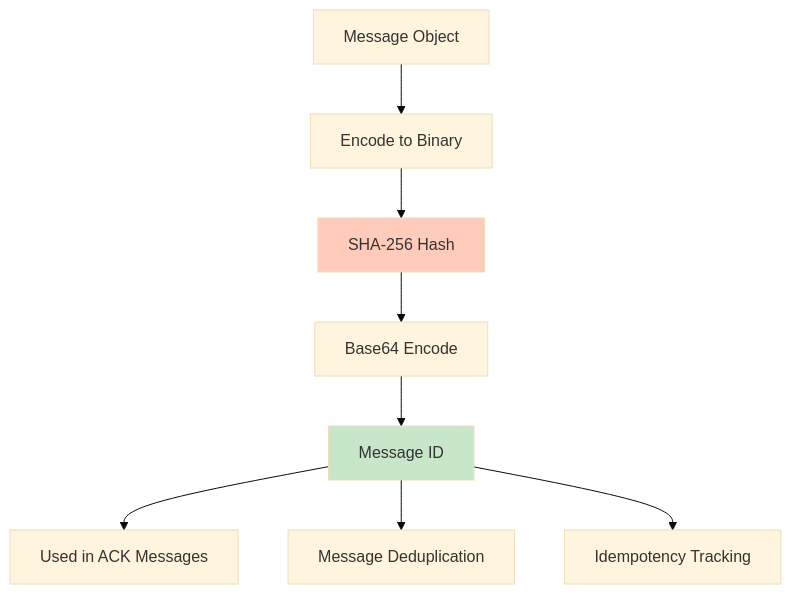
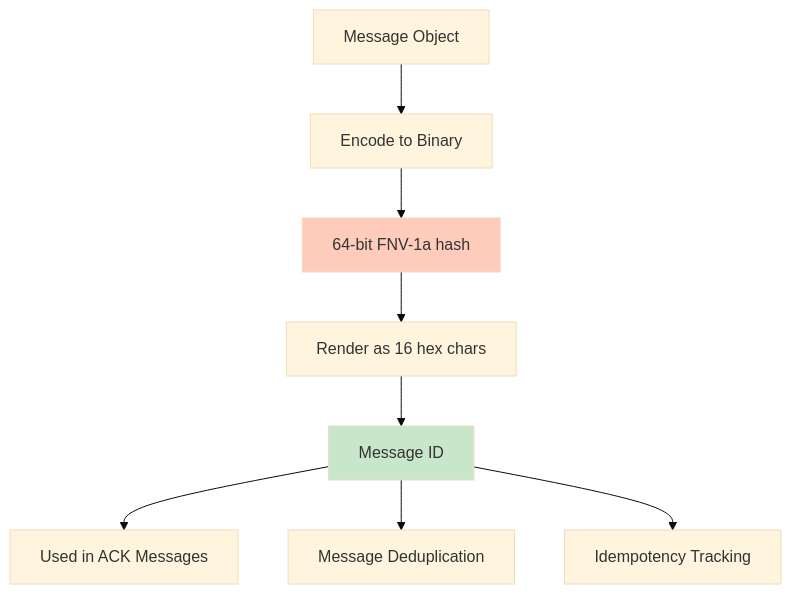
One commit to nperez0111/teleportal changed the ninth of 17 diagrams in docs/src/content/docs/advanced/protocol.mdx. Above: the diagram before and after it, drawn with Mermaid (base theme). The commit also changed other lines of this file and 113 other files, not shown here.

````diff
--- a/docs/src/content/docs/advanced/protocol.mdx
+++ b/docs/src/content/docs/advanced/protocol.mdx
@@ -657,13 +464,13 @@
 ```mermaid
 graph TD
     A[Message Object] --> B[Encode to Binary]
-    B --> C[SHA-256 Hash]
-    C --> D[Base64 Encode]
+    B --> C[64-bit FNV-1a hash]
+    C --> D[Render as 16 hex chars]
     D --> E[Message ID]
     E --> F[Used in ACK Messages]
     E --> G[Message Deduplication]
     E --> H[Idempotency Tracking]
 
     style C fill:#ffccbc
     style E fill:#c8e6c9
 ```
````
